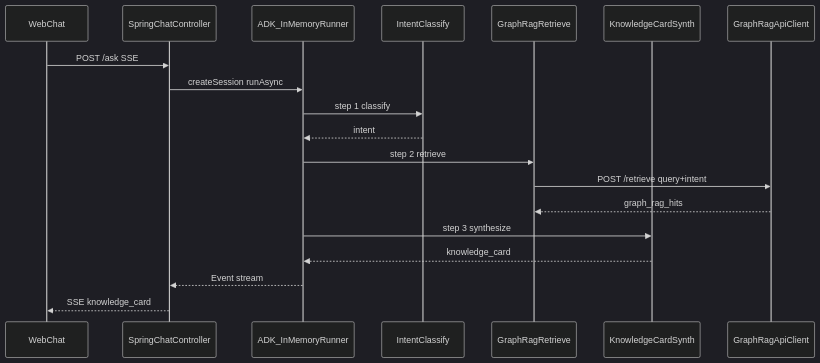
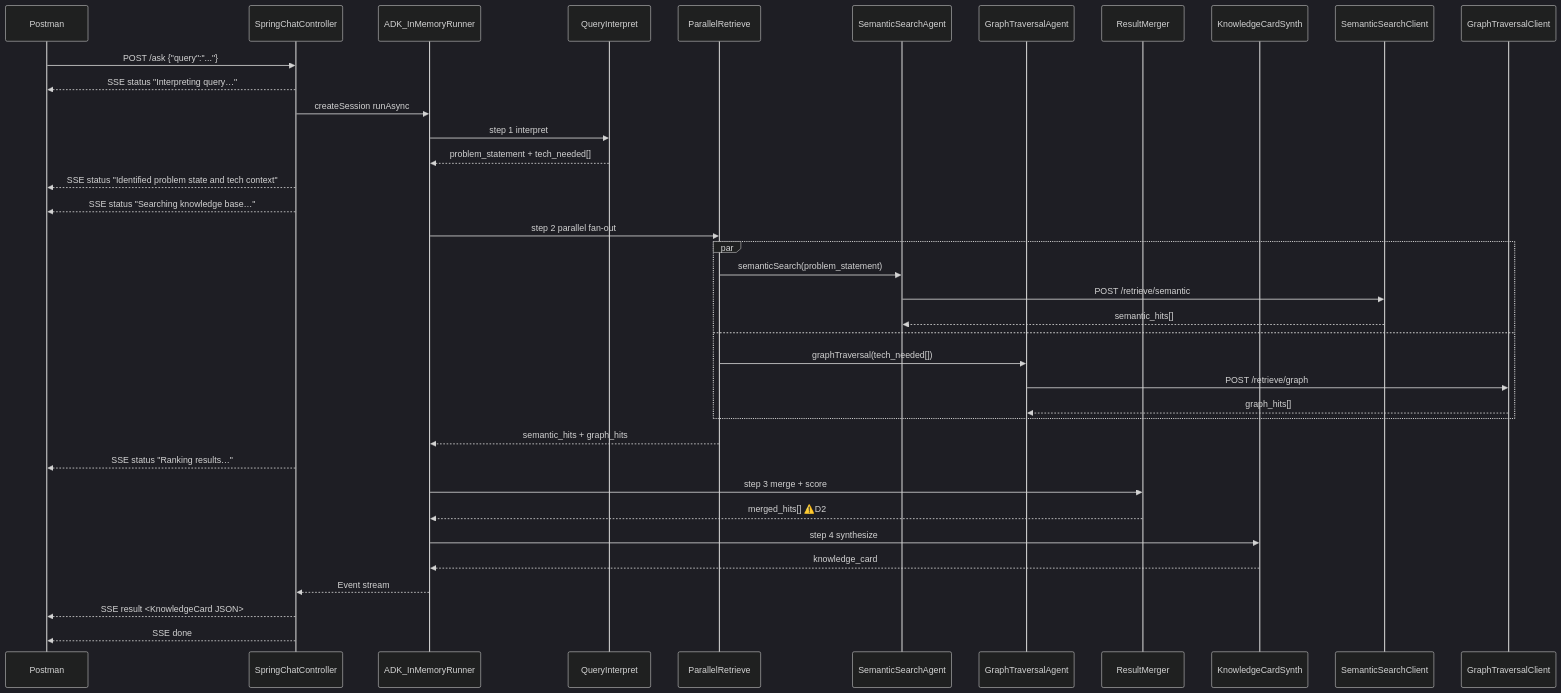
Before and after one commit to ShivendraGupta13/sage-ai: the third of 3 diagrams in docs/google-java-adk-usage.md, drawn with Mermaid (dark theme). The commit also changed other lines of this file and 3 other files, not shown here.

Commit message:
Update feature document to v1.1, enhancing query interpretation, database population, and confidence scoring. Revise architecture and ADK documentation to reflect changes in the ask-time pipeline and retrieval processes. Add decision points for implementation clarity.

````diff
--- a/docs/google-java-adk-usage.md
+++ b/docs/google-java-adk-usage.md
@@ -175,22 +213,41 @@
 ```mermaid
 sequenceDiagram
-  participant UI as WebChat
+  participant PM as Postman
   participant API as SpringChatController
   participant Runner as ADK_InMemoryRunner
-  participant Intent as IntentClassify
-  participant GraphRag as GraphRagRetrieve
+  participant QI as QueryInterpret
+  participant PA as ParallelRetrieve
+  participant SS as SemanticSearchAgent
+  participant GT as GraphTraversalAgent
+  participant RM as ResultMerger
   participant Synth as KnowledgeCardSynth
-  participant RAG as GraphRagApiClient
+  participant SemSvc as SemanticSearchClient
+  participant GraphSvc as GraphTraversalClient
 
-  UI->>API: POST /ask SSE
+  PM->>API: POST /ask {"query":"..."}
+  API-->>PM: SSE status "Interpreting query…"
   API->>Runner: createSession runAsync
-  Runner->>Intent: step 1 classify
-  Intent-->>Runner: intent
-  Runner->>GraphRag: step 2 retrieve
-  GraphRag->>RAG: POST /retrieve query+intent
-  RAG-->>GraphRag: graph_rag_hits
-  Runner->>Synth: step 3 synthesize
+  Runner->>QI: step 1 interpret
+  QI-->>Runner: problem_statement + tech_needed[]
+  API-->>PM: SSE status "Identified problem state and tech context"
+  API-->>PM: SSE status "Searching knowledge base…"
+  Runner->>PA: step 2 parallel fan-out
+  par
+    PA->>SS: semanticSearch(problem_statement)
+    SS->>SemSvc: POST /retrieve/semantic
+    SemSvc-->>SS: semantic_hits[]
+  and
+    PA->>GT: graphTraversal(tech_needed[])
+    GT->>GraphSvc: POST /retrieve/graph
+    GraphSvc-->>GT: graph_hits[]
+  end
+  PA-->>Runner: semantic_hits + graph_hits
+  API-->>PM: SSE status "Ranking results…"
+  Runner->>RM: step 3 merge + score
+  RM-->>Runner: merged_hits[] ⚠️D2
+  Runner->>Synth: step 4 synthesize
   Synth-->>Runner: knowledge_card
   Runner-->>API: Event stream
-  API-->>UI: SSE knowledge_card
+  API-->>PM: SSE result <KnowledgeCard JSON>
+  API-->>PM: SSE done
 ```
````
